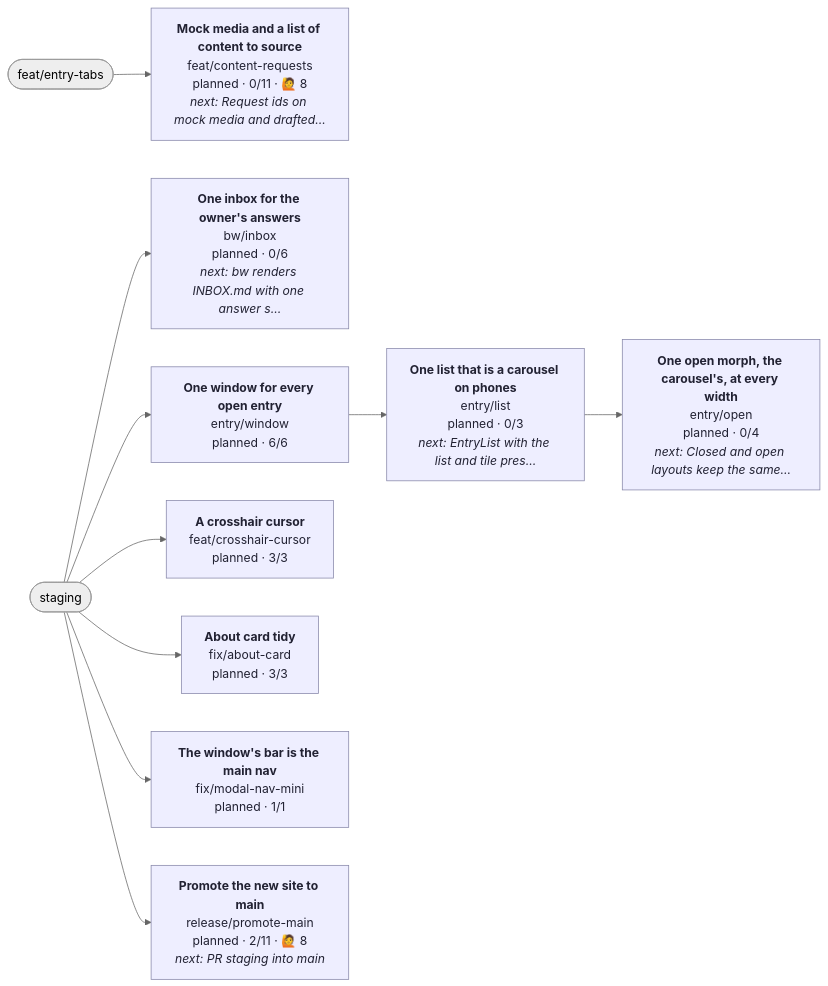
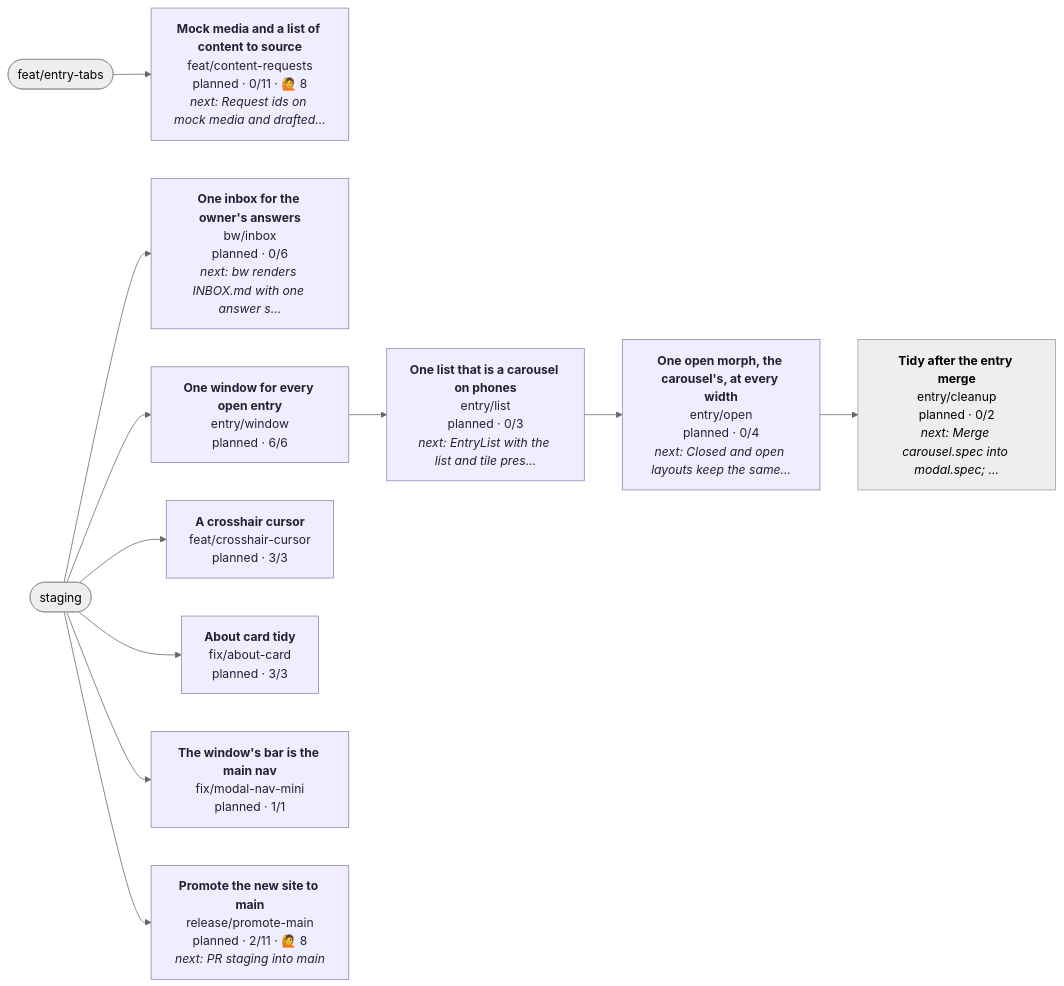
One commit to henryjonescodes/portfolio changed the diagram in CONTRIBUTING.md. Above: the diagram before and after it, drawn with Mermaid (neutral theme). The commit also changed other lines of this file, not shown here.

````diff
--- a/CONTRIBUTING.md
+++ b/CONTRIBUTING.md
@@ -17,37 +17,40 @@
 ```mermaid
 flowchart LR
   n_staging([staging])
   n_feat_entry_tabs([feat/entry-tabs])
   n_bw_inbox["<b>One inbox for the owner's answers</b><br/>bw/inbox<br/>planned · 0/6<br/><i>next: bw renders INBOX.md with one answer s…</i>"]
   class n_bw_inbox planned
   n_staging --> n_bw_inbox
+  n_entry_cleanup["<b>Tidy after the entry merge</b><br/>entry/cleanup<br/>planned · 0/2<br/><i>next: Merge carousel.spec into modal.spec; …</i>"]
+  class n_entry_cleanup planned,current
+  n_entry_open --> n_entry_cleanup
   n_entry_list["<b>One list that is a carousel on phones</b><br/>entry/list<br/>planned · 0/3<br/><i>next: EntryList with the list and tile pres…</i>"]
   class n_entry_list planned
   n_entry_window --> n_entry_list
   n_entry_open["<b>One open morph, the carousel's, at every width</b><br/>entry/open<br/>planned · 0/4<br/><i>next: Closed and open layouts keep the same…</i>"]
   class n_entry_open planned
   n_entry_list --> n_entry_open
   n_entry_window["<b>One window for every open entry</b><br/>entry/window<br/>planned · 6/6"]
   class n_entry_window planned
   n_staging --> n_entry_window
   n_feat_content_requests["<b>Mock media and a list of content to source</b><br/>feat/content-requests<br/>planned · 0/11 · 🙋 8<br/><i>next: Request ids on mock media and drafted…</i>"]
   class n_feat_content_requests planned
   n_feat_entry_tabs --> n_feat_content_requests
   n_feat_crosshair_cursor["<b>A crosshair cursor</b><br/>feat/crosshair-cursor<br/>planned · 3/3"]
   class n_feat_crosshair_cursor planned
   n_staging --> n_feat_crosshair_cursor
   n_fix_about_card["<b>About card tidy</b><br/>fix/about-card<br/>planned · 3/3"]
   class n_fix_about_card planned
   n_staging --> n_fix_about_card
   n_fix_modal_nav_mini["<b>The window's bar is the main nav</b><br/>fix/modal-nav-mini<br/>planned · 1/1"]
   class n_fix_modal_nav_mini planned
   n_staging --> n_fix_modal_nav_mini
   n_release_promote_main["<b>Promote the new site to main</b><br/>release/promote-main<br/>planned · 2/11 · 🙋 8<br/><i>next: PR staging into main</i>"]
   class n_release_promote_main planned
   n_staging --> n_release_promote_main
   classDef planned fill:#eef,stroke:#88a,color:#223
   classDef active fill:#dfd,stroke:#3a3,stroke-width:3px,color:#132
   classDef blocked fill:#fdd,stroke:#c33,color:#311
   classDef review fill:#ffd,stroke:#cc3,color:#331
   classDef current stroke:#06c,stroke-width:4px
 ```
````
